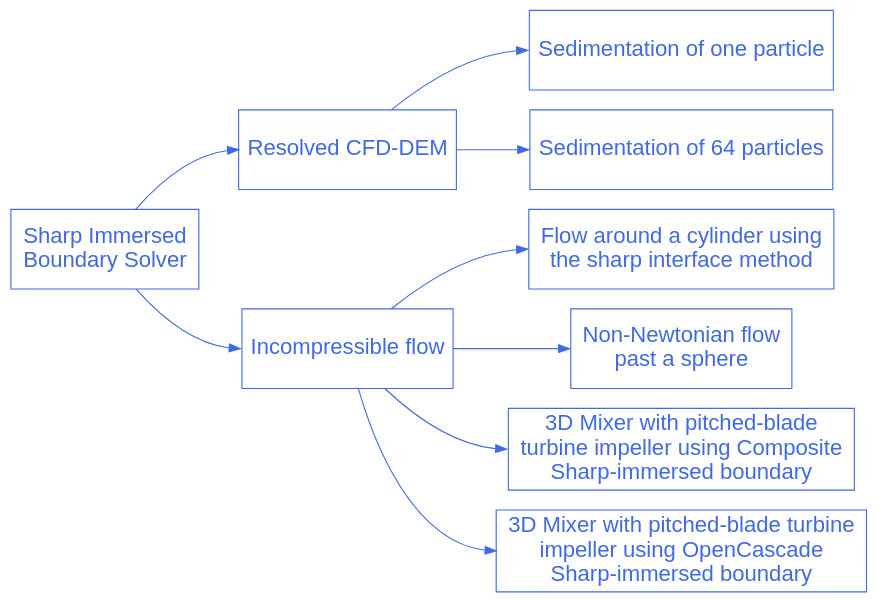
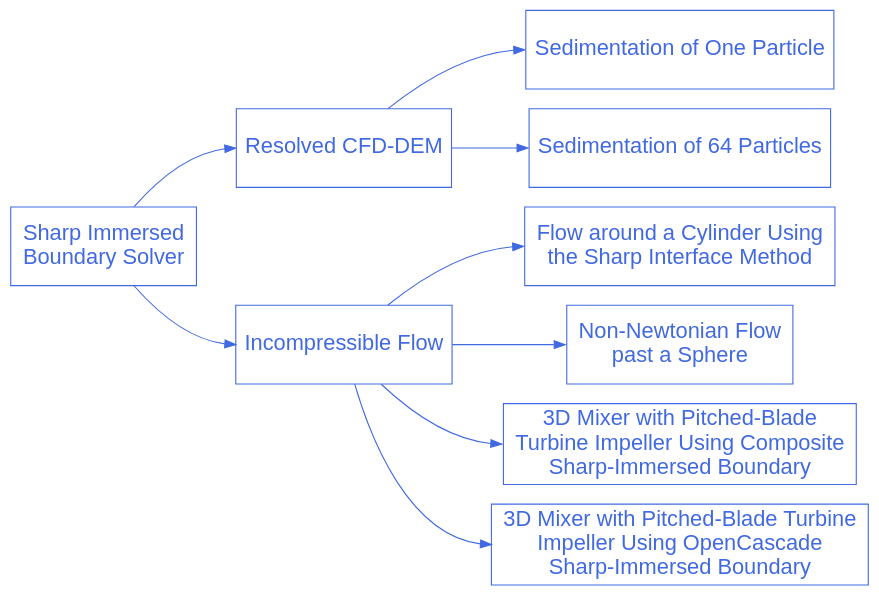
The diagram in doc/source/examples/sharp-immersed-boundary-solver/sharp-immersed-boundary-solver.rst (chaos-polymtl/lethe), drawn with Graphviz before and after one commit. The commit also changed other lines of this file and 88 other files, not shown here.

```diff
--- a/doc/source/examples/sharp-immersed-boundary-solver/sharp-immersed-boundary-solver.rst
+++ b/doc/source/examples/sharp-immersed-boundary-solver/sharp-immersed-boundary-solver.rst
@@ -13,37 +13,37 @@
 .. graphviz:: 
 
     digraph sharp_diagram {
       graph [bgcolor="transparent", align=true];
       node [fontname=Arial, fontsize=20, shape=box, fontcolor=royalblue, color=royalblue, height=1];
       edge [color=royalblue];
       rankdir="LR";
       size = "9,9";
       
       sharp_immersed_boundary_solver [label="Sharp Immersed \nBoundary Solver", href="https://lethe-cfd.github.io/lethe/examples/sharp-immersed-boundary-solver/sharp-immersed-boundary-solver.html"];
 
       sharp_1 [label="Resolved CFD-DEM", href="https://lethe-cfd.github.io/lethe/examples/sharp-immersed-boundary-solver/resolved-cfd-dem.html"];   
 
-      sharp_1_1 [label="Sedimentation of one particle", href="https://lethe-cfd.github.io/lethe/examples/sharp-immersed-boundary-solver/sedimentation-1-particle/sedimentation-1-particle.html"]; 
+      sharp_1_1 [label="Sedimentation of One Particle", href="https://lethe-cfd.github.io/lethe/examples/sharp-immersed-boundary-solver/sedimentation-1-particle/sedimentation-1-particle.html"];
 
-      sharp_1_2 [label="Sedimentation of 64 particles", href="https://lethe-cfd.github.io/lethe/examples/sharp-immersed-boundary-solver/sedimentation-64-particles/sedimentation-64-particles.html"]; 
+      sharp_1_2 [label="Sedimentation of 64 Particles", href="https://lethe-cfd.github.io/lethe/examples/sharp-immersed-boundary-solver/sedimentation-64-particles/sedimentation-64-particles.html"];
 
-      sharp_2 [label="Incompressible flow", href="https://lethe-cfd.github.io/lethe/examples/sharp-immersed-boundary-solver/incompressible-flow.html"];  
+      sharp_2 [label="Incompressible Flow", href="https://lethe-cfd.github.io/lethe/examples/sharp-immersed-boundary-solver/incompressible-flow.html"];
 
-      sharp_2_1 [label="Flow around a cylinder using \nthe sharp interface method", href="https://lethe-cfd.github.io/lethe/examples/sharp-immersed-boundary-solver/cylinder-with-sharp-interface/cylinder-with-sharp-interface.html", tooltip="Flow around a cylinder using the sharp interface method"]; 
+      sharp_2_1 [label="Flow around a Cylinder Using \nthe Sharp Interface Method", href="https://lethe-cfd.github.io/lethe/examples/sharp-immersed-boundary-solver/cylinder-with-sharp-interface/cylinder-with-sharp-interface.html", tooltip="Flow around a cylinder using the sharp interface method"];
 
-      sharp_2_2 [label="Non-Newtonian flow \npast a sphere", href="https://lethe-cfd.github.io/lethe/examples/sharp-immersed-boundary-solver/sphere-carreau-with-sharp-interface/sphere-carreau-with-sharp-interface.html", tooltip="Non-Newtonian flow past a sphere"]; 
+      sharp_2_2 [label="Non-Newtonian Flow \npast a Sphere", href="https://lethe-cfd.github.io/lethe/examples/sharp-immersed-boundary-solver/sphere-carreau-with-sharp-interface/sphere-carreau-with-sharp-interface.html", tooltip="Non-Newtonian flow past a sphere"];
 
-      sharp_2_3 [label="3D Mixer with pitched-blade \nturbine impeller using Composite \nSharp-immersed boundary", href="https://lethe-cfd.github.io/lethe/examples/sharp-immersed-boundary-solver/3d-composite-mixer-with-pbt-impeller/3d-composite-mixer-with-pbt-impeller.html", tooltip="3D Mixer with pitched-blade turbine impeller using Composite Sharp-immersed boundary"]; 
+      sharp_2_3 [label="3D Mixer with Pitched-Blade \nTurbine Impeller Using Composite \nSharp-Immersed Boundary", href="https://lethe-cfd.github.io/lethe/examples/sharp-immersed-boundary-solver/3d-composite-mixer-with-pbt-impeller/3d-composite-mixer-with-pbt-impeller.html", tooltip="3D Mixer with pitched-blade turbine impeller using Composite Sharp-immersed boundary"];
 
-      sharp_2_4 [label="3D Mixer with pitched-blade turbine \nimpeller using OpenCascade \nSharp-immersed boundary", href="https://lethe-cfd.github.io/lethe/examples/sharp-immersed-boundary-solver/3d-opencascade-mixer-with-pbt-impeller/3d-opencascade-mixer-with-pbt-impeller.html", tooltip="3D Mixer with pitched-blade turbine impeller using OpenCascade Sharp-immersed boundary"]; 
+      sharp_2_4 [label="3D Mixer with Pitched-Blade Turbine \nImpeller Using OpenCascade \nSharp-Immersed Boundary", href="https://lethe-cfd.github.io/lethe/examples/sharp-immersed-boundary-solver/3d-opencascade-mixer-with-pbt-impeller/3d-opencascade-mixer-with-pbt-impeller.html", tooltip="3D Mixer with pitched-blade turbine impeller using OpenCascade Sharp-immersed boundary"];
 
       sharp_immersed_boundary_solver -> sharp_1:w;
       sharp_immersed_boundary_solver -> sharp_2:w;
 
       sharp_1 -> sharp_1_1:w;
       sharp_1 -> sharp_1_2:w;
       sharp_2 -> sharp_2_1:w;
       sharp_2 -> sharp_2_2:w;
       sharp_2 -> sharp_2_3:w;
       sharp_2 -> sharp_2_4:w;
     }
```
